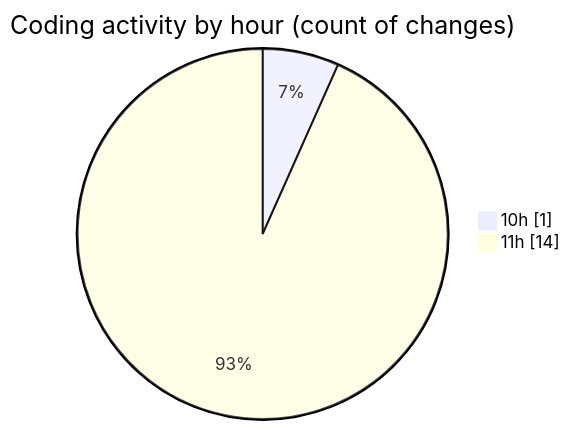
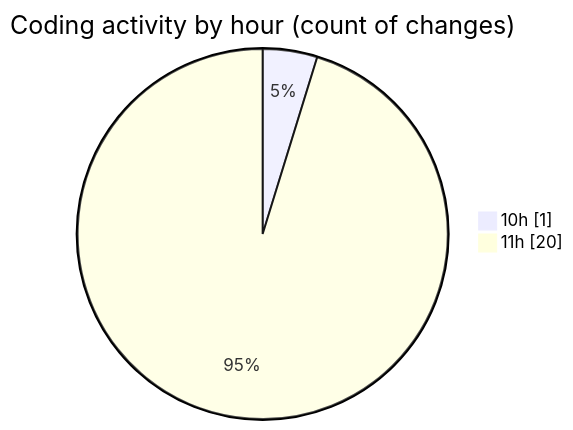
The second of 2 diagrams in 2025-06-26/nxtqube_webapp/README.md (nxtqubesakshisongat/code-tracking), drawn with Mermaid before and after one commit. The commit also changed other lines of this file and 1 other file, not shown here.

````diff
--- a/2025-06-26/nxtqube_webapp/README.md
+++ b/2025-06-26/nxtqube_webapp/README.md
@@ -28,6 +28,6 @@
 ```mermaid
 pie showData
 title Coding activity by hour (count of changes)
 "10h" : 1
-"11h" : 14
+"11h" : 20
 ```
````
